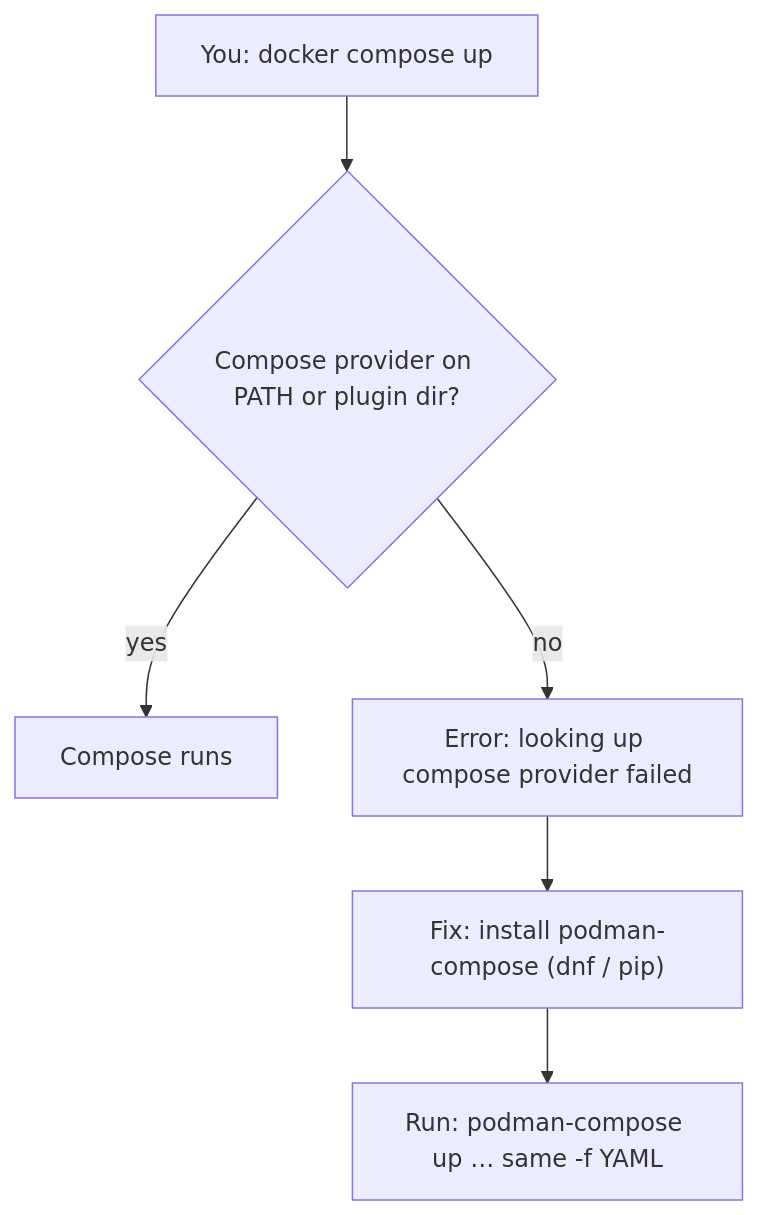
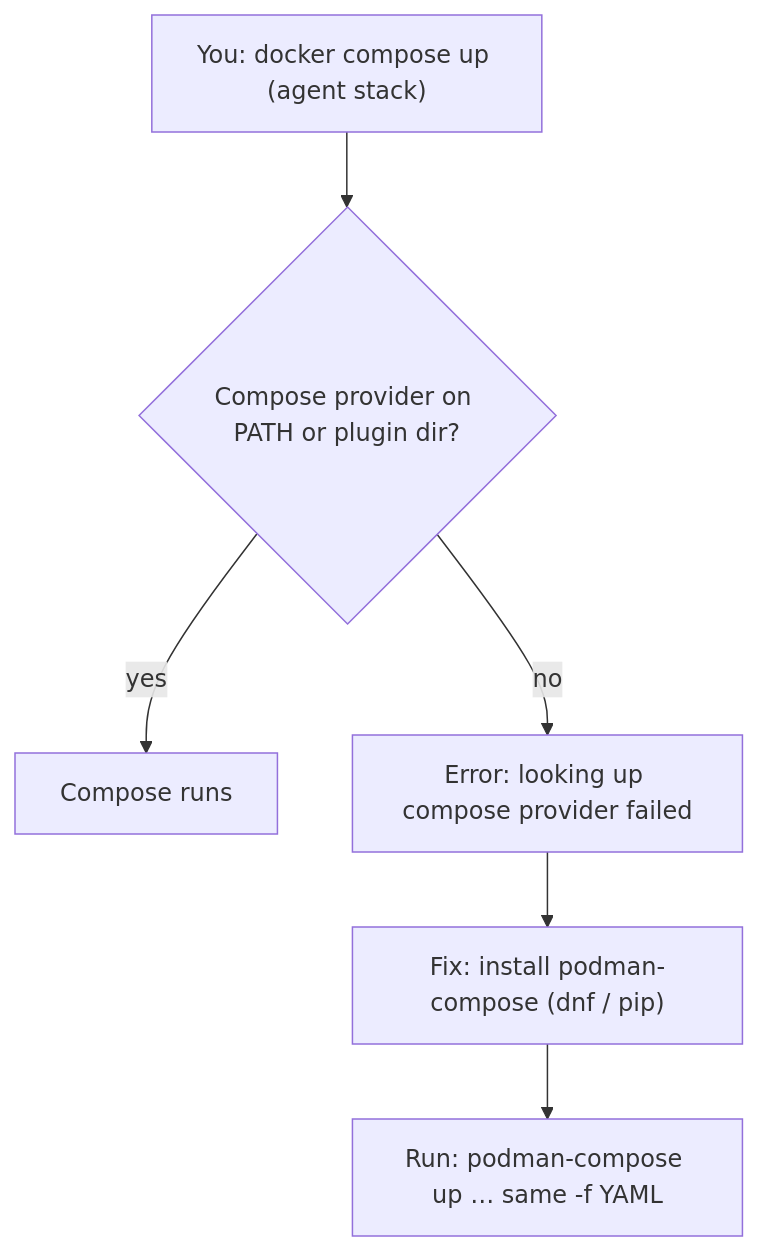
Before and after one commit to Pares11804/trackone: the third of 3 diagrams in README.md, drawn with Mermaid. The commit also changed other lines of this file and 2 other files, not shown here.

Commit message:
Update documentation to clarify PostgreSQL setup for the control host, emphasizing the use of native PostgreSQL instead of Docker containers. Revise README.md and related deployment documents to reflect this change and improve installation instructions for Oracle Linux VM.

````diff
--- a/README.md
+++ b/README.md
@@ -508,8 +484,8 @@
 ```mermaid
 flowchart TD
-  A["You: docker compose up"] --> B{Compose provider on PATH or plugin dir?}
+  A["You: docker compose up (agent stack)"] --> B{Compose provider on PATH or plugin dir?}
   B -->|yes| C[Compose runs]
   B -->|no| D["Error: looking up compose provider failed"]
   D --> E["Fix: install podman-compose (dnf / pip)"]
   E --> F["Run: podman-compose up … same -f YAML"]
 ```
````
